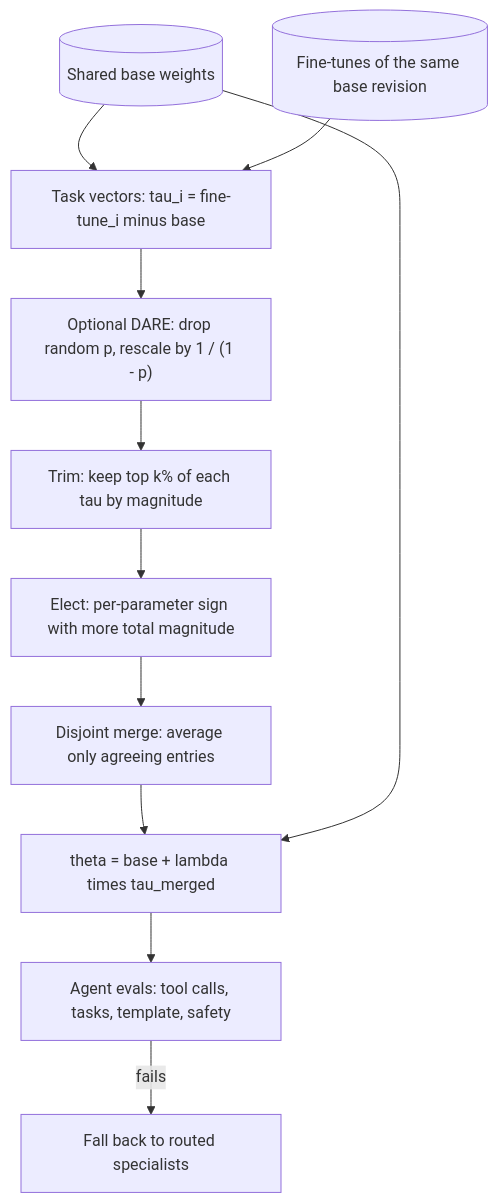
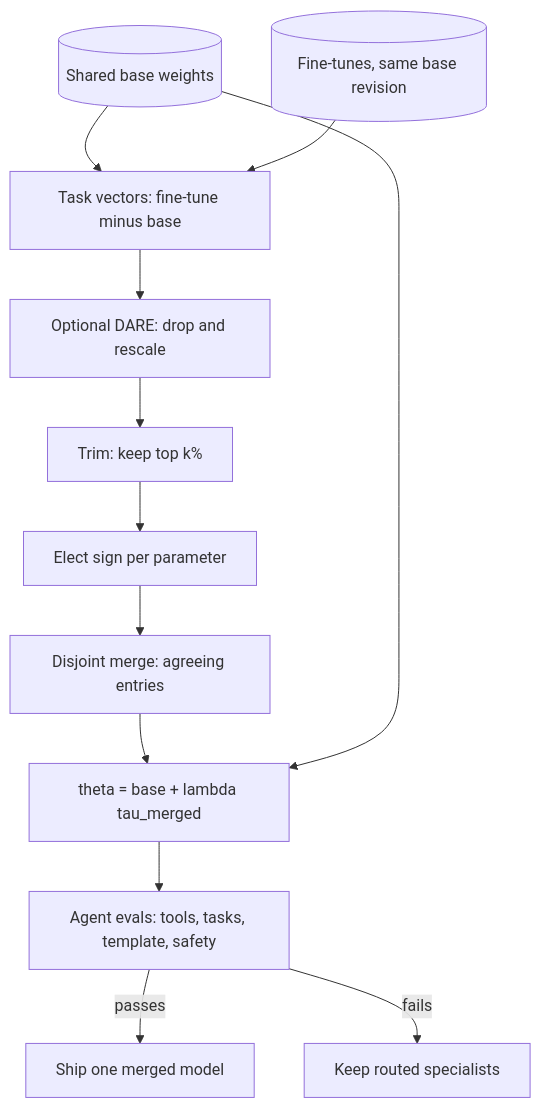
One commit to lovishmahajan97/agentic-learning changed the diagram in content/training-adaptation/model-merging.md. Above: the diagram before and after it, drawn with Mermaid. The commit also changed other lines of this file and 454 other files, not shown here.

````diff
--- a/content/training-adaptation/model-merging.md
+++ b/content/training-adaptation/model-merging.md
@@ -165,13 +166,14 @@
 ```mermaid
 flowchart TD
-    B[("Shared base weights")] --> T["Task vectors: tau_i = fine-tune_i minus base"]
-    F[("Fine-tunes of the same base revision")] --> T
-    T --> D["Optional DARE: drop random p, rescale by 1 / (1 - p)"]
-    D --> TR["Trim: keep top k% of each tau by magnitude"]
-    TR --> EL["Elect: per-parameter sign with more total magnitude"]
-    EL --> DM["Disjoint merge: average only agreeing entries"]
-    DM --> M["theta = base + lambda times tau_merged"]
+    B[("Shared base weights")] --> T["Task vectors: fine-tune minus base"]
+    F[("Fine-tunes, same base revision")] --> T
+    T --> D["Optional DARE: drop and rescale"]
+    D --> TR["Trim: keep top k%"]
+    TR --> EL["Elect sign per parameter"]
+    EL --> DM["Disjoint merge: agreeing entries"]
+    DM --> M["theta = base + lambda tau_merged"]
     B --> M
-    M --> G["Agent evals: tool calls, tasks, template, safety"]
-    G -->|"fails"| R["Fall back to routed specialists"]
+    M --> G["Agent evals: tools, tasks, template, safety"]
+    G -->|"passes"| S["Ship one merged model"]
+    G -->|"fails"| R["Keep routed specialists"]
 ```
````
